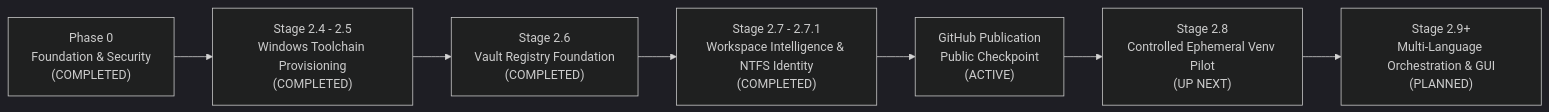
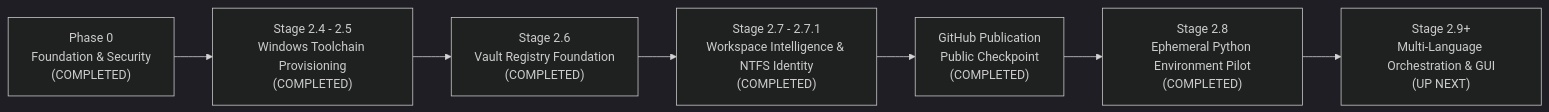
Before and after one commit to Voidwalker-AT/ULVO: the diagram in docs/ROADMAP.md, drawn with Mermaid (dark theme). The commit also changed other lines of this file and 12 other files, not shown here.

Commit message:
feat(orchestrator): implement Stage 2.8 ephemeral Python environment lifecycle and CLI integration

````diff
--- a/docs/ROADMAP.md
+++ b/docs/ROADMAP.md
@@ -9,17 +9,17 @@
 ```mermaid
 flowchart LR
     P0["Phase 0<br/>Foundation & Security<br/>(COMPLETED)"]
     S24["Stage 2.4 - 2.5<br/>Windows Toolchain Provisioning<br/>(COMPLETED)"]
     S26["Stage 2.6<br/>Vault Registry Foundation<br/>(COMPLETED)"]
     S27["Stage 2.7 - 2.7.1<br/>Workspace Intelligence & NTFS Identity<br/>(COMPLETED)"]
-    PUB["GitHub Publication<br/>Public Checkpoint<br/>(ACTIVE)"]
-    S28["Stage 2.8<br/>Controlled Ephemeral Venv Pilot<br/>(UP NEXT)"]
-    S29["Stage 2.9+<br/>Multi-Language Orchestration & GUI<br/>(PLANNED)"]
+    PUB["GitHub Publication<br/>Public Checkpoint<br/>(COMPLETED)"]
+    S28["Stage 2.8<br/>Ephemeral Python Environment Pilot<br/>(COMPLETED)"]
+    S29["Stage 2.9+<br/>Multi-Language Orchestration & GUI<br/>(UP NEXT)"]
 
     P0 --> S24
     S24 --> S26
     S26 --> S27
     S27 --> PUB
     PUB --> S28
     S28 --> S29
 ```
````
